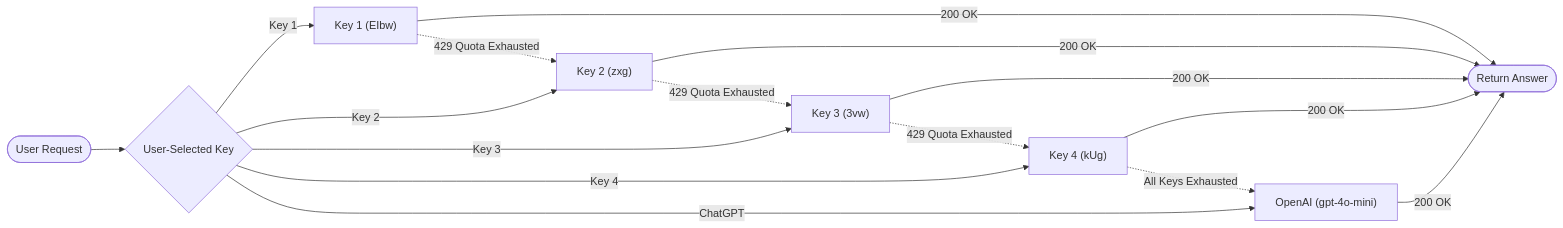
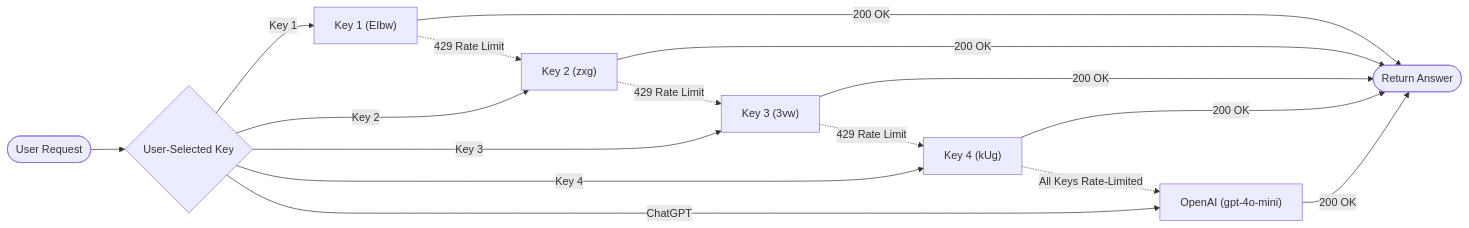
Before and after one commit to swapnil-exxe/Extension: the second of 2 diagrams in README.md, drawn with Mermaid. The commit also changed other lines of this file, not shown here.

````diff
--- a/README.md
+++ b/README.md
@@ -106,20 +120,20 @@
 ```mermaid
 flowchart LR
     Start([User Request]) --> Primary{"User-Selected Key"}
     Primary -->|Key 1| K1["Key 1 (EIbw)"]
     Primary -->|Key 2| K2["Key 2 (zxg)"]
     Primary -->|Key 3| K3["Key 3 (3vw)"]
     Primary -->|Key 4| K4["Key 4 (kUg)"]
     Primary -->|ChatGPT| GPT["OpenAI (gpt-4o-mini)"]
 
     K1 -->|200 OK| Done([Return Answer])
     K2 -->|200 OK| Done
     K3 -->|200 OK| Done
     K4 -->|200 OK| Done
     GPT -->|200 OK| Done
 
-    K1 -.->|429 Quota Exhausted| K2
-    K2 -.->|429 Quota Exhausted| K3
-    K3 -.->|429 Quota Exhausted| K4
-    K4 -.->|All Keys Exhausted| GPT
+    K1 -.->|429 Rate Limit| K2
+    K2 -.->|429 Rate Limit| K3
+    K3 -.->|429 Rate Limit| K4
+    K4 -.->|All Keys Rate-Limited| GPT
 ```
````
